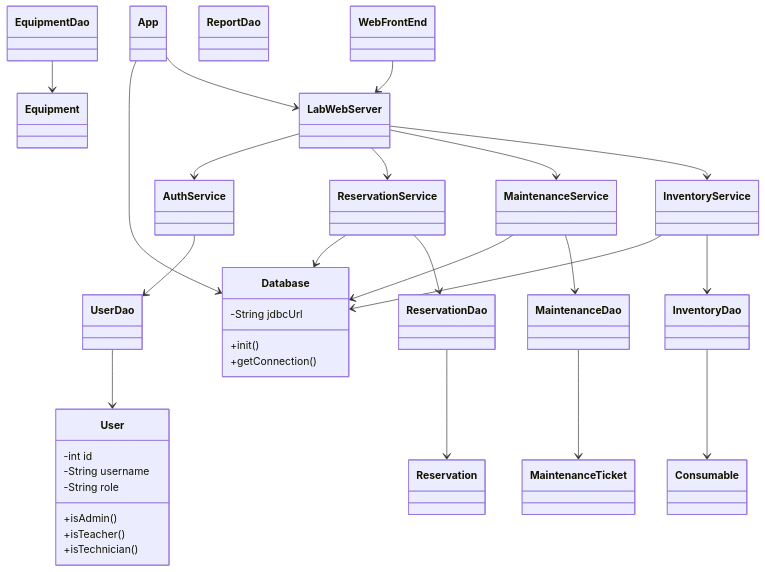
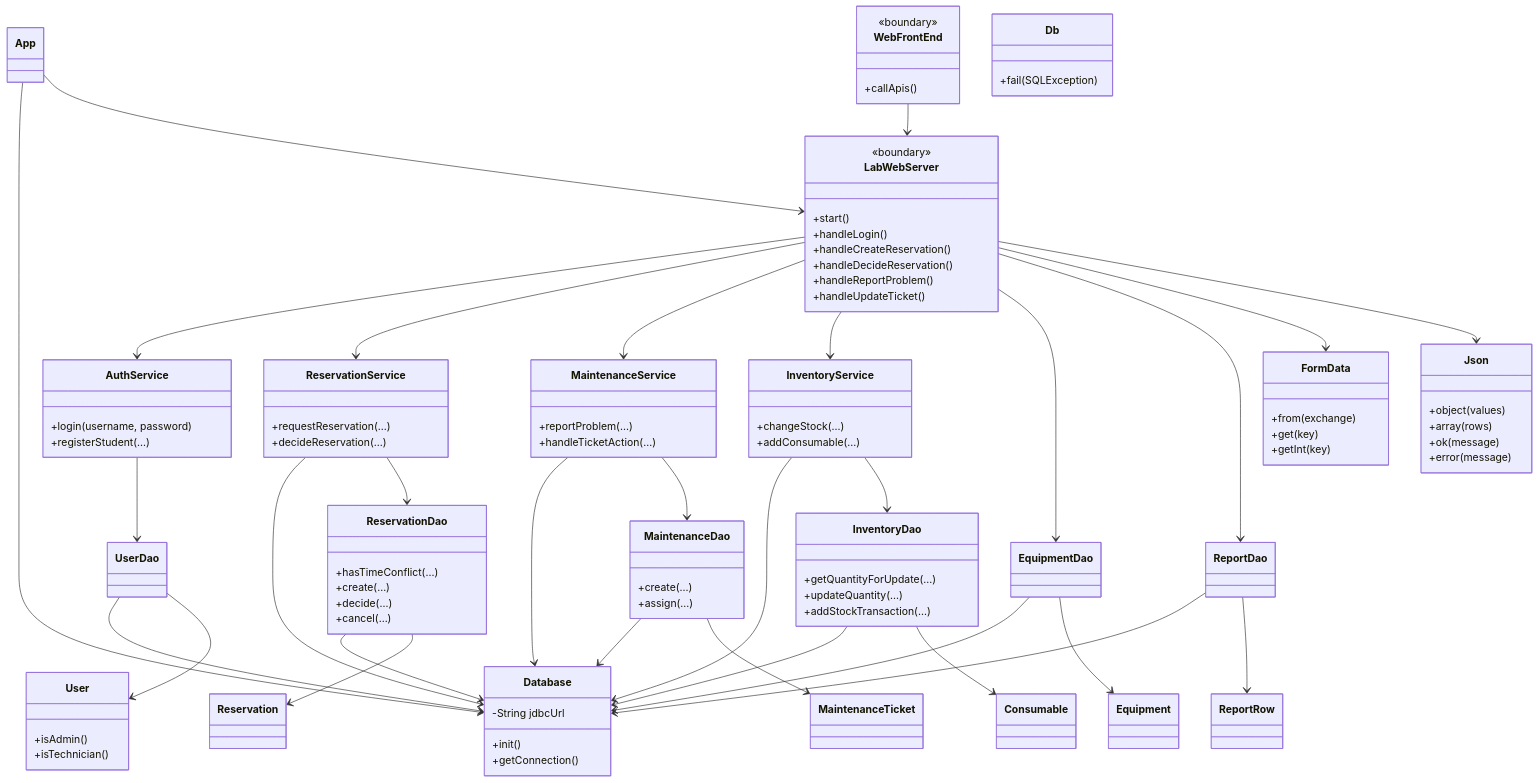
Before and after one commit to LiuZongrun7/database-lab: the second of 5 diagrams in docs/03-uml-modeling.md, drawn with Mermaid. The commit also changed other lines of this file and 54 other files, not shown here.

Commit message:
Simplify lab reservation workflow

````diff
--- a/docs/03-uml-modeling.md
+++ b/docs/03-uml-modeling.md
@@ -39,39 +79,97 @@
 ```mermaid
 classDiagram
 class App
+class WebFrontEnd {
+  <<boundary>>
+  +callApis()
+}
+class LabWebServer {
+  <<boundary>>
+  +start()
+  +handleLogin()
+  +handleCreateReservation()
+  +handleDecideReservation()
+  +handleReportProblem()
+  +handleUpdateTicket()
+}
+class FormData {
+  +from(exchange)
+  +get(key)
+  +getInt(key)
+}
+class Json {
+  +object(values)
+  +array(rows)
+  +ok(message)
+  +error(message)
+}
 class Database {
   -String jdbcUrl
   +init()
   +getConnection()
 }
+class Db {
+  +fail(SQLException)
+}
+
+class AuthService {
+  +login(username, password)
+  +registerStudent(...)
+}
+class ReservationService {
+  +requestReservation(...)
+  +decideReservation(...)
+}
+class MaintenanceService {
+  +reportProblem(...)
+  +handleTicketAction(...)
+}
+class InventoryService {
+  +changeStock(...)
+  +addConsumable(...)
+}
+
+class UserDao
+class EquipmentDao
+class ReservationDao {
+  +hasTimeConflict(...)
+  +create(...)
+  +decide(...)
+  +cancel(...)
+}
+class MaintenanceDao {
+  +create(...)
+  +assign(...)
+}
+class InventoryDao {
+  +getQuantityForUpdate(...)
+  +updateQuantity(...)
+  +addStockTransaction(...)
+}
+class ReportDao
+
 class User {
-  -int id
-  -String username
-  -String role
   +isAdmin()
-  +isTeacher()
   +isTechnician()
 }
 class Equipment
 class Reservation
 class MaintenanceTicket
 class Consumable
-class UserDao
-class EquipmentDao
-class ReservationDao
-class MaintenanceDao
-class InventoryDao
-class ReportDao
-class AuthService
-class ReservationService
-class MaintenanceService
-class InventoryService
-class LabWebServer
-class WebFrontEnd
+class ReportRow
 
 App --> Database
 App --> LabWebServer
 WebFrontEnd --> LabWebServer
+LabWebServer --> AuthService
+LabWebServer --> ReservationService
+LabWebServer --> MaintenanceService
+LabWebServer --> InventoryService
+LabWebServer --> EquipmentDao
+LabWebServer --> ReportDao
+LabWebServer --> FormData
+LabWebServer --> Json
+
 AuthService --> UserDao
 ReservationService --> Database
 ReservationService --> ReservationDao
@@ -79,13 +177,18 @@
 MaintenanceService --> MaintenanceDao
 InventoryService --> Database
 InventoryService --> InventoryDao
+
+UserDao --> Database
+EquipmentDao --> Database
+ReservationDao --> Database
+MaintenanceDao --> Database
+InventoryDao --> Database
+ReportDao --> Database
+
 UserDao --> User
 EquipmentDao --> Equipment
 ReservationDao --> Reservation
 MaintenanceDao --> MaintenanceTicket
 InventoryDao --> Consumable
-LabWebServer --> AuthService
-LabWebServer --> ReservationService
-LabWebServer --> MaintenanceService
-LabWebServer --> InventoryService
+ReportDao --> ReportRow
 ```
````
